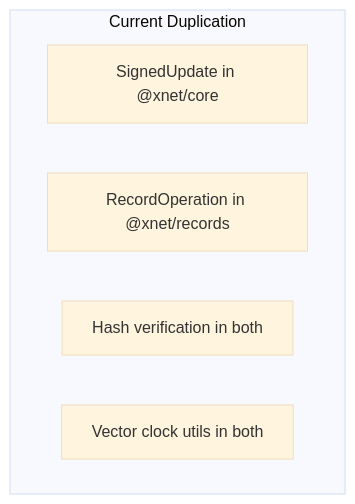
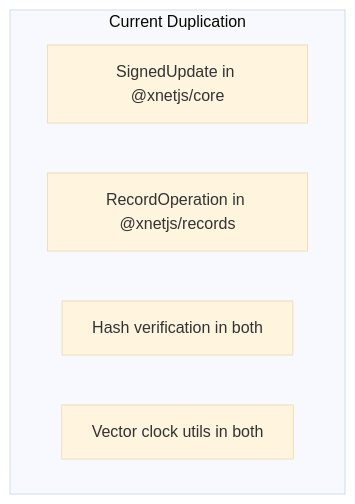
Before and after one commit to crs48/xNet: the first of 4 diagrams in docs/plans/plan02_1DataModelConsolidation/00-overview.md, drawn with Mermaid (base theme). The commit also changed other lines of this file and 980 other files, not shown here.

````diff
--- a/docs/plans/plan02_1DataModelConsolidation/00-overview.md
+++ b/docs/plans/plan02_1DataModelConsolidation/00-overview.md
@@ -19,9 +19,9 @@
 ```mermaid
 flowchart TD
     subgraph duplication["Current Duplication"]
-        D1["SignedUpdate in @xnet/core"]
-        D2["RecordOperation in @xnet/records"]
+        D1["SignedUpdate in @xnetjs/core"]
+        D2["RecordOperation in @xnetjs/records"]
         D3["Hash verification in both"]
         D4["Vector clock utils in both"]
     end
 ```
````
